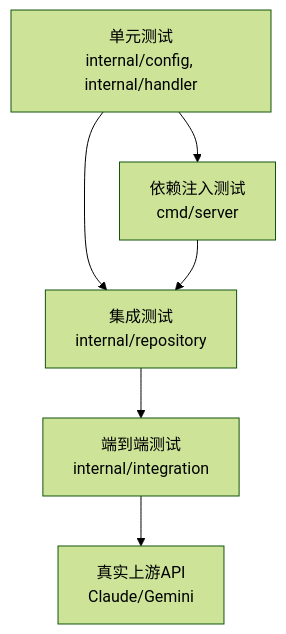
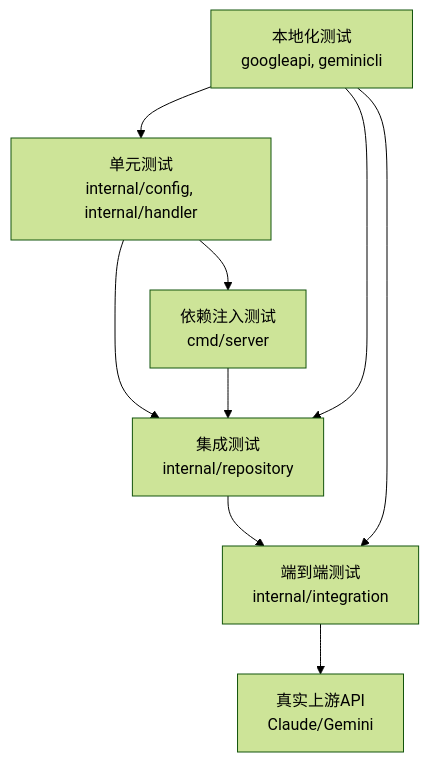
One commit to ai-poet/sub2api changed the second of 10 diagrams in .qoder/repowiki/zh/content/开发指南/测试策略与实施/后端测试.md. Above: the diagram before and after it, drawn with Mermaid (forest theme). The commit also changed other lines of this file and 30 other files, not shown here.

````diff
--- a/.qoder/repowiki/zh/content/开发指南/测试策略与实施/后端测试.md
+++ b/.qoder/repowiki/zh/content/开发指南/测试策略与实施/后端测试.md
@@ -85,8 +107,11 @@
 ```mermaid
 graph TB
 UT["单元测试<br/>internal/config, internal/handler"] --> IT["集成测试<br/>internal/repository"]
 IT --> E2E["端到端测试<br/>internal/integration"]
 UT --> DI["依赖注入测试<br/>cmd/server"]
 DI --> IT
 E2E --> UP["真实上游API<br/>Claude/Gemini"]
+LOCAL["本地化测试<br/>googleapi, geminicli"] --> UT
+LOCAL --> IT
+LOCAL --> E2E
 ```
````
